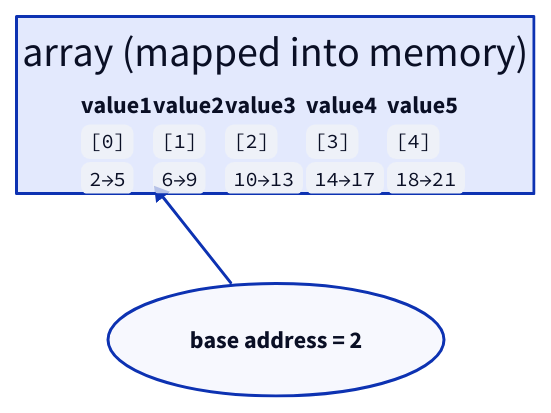
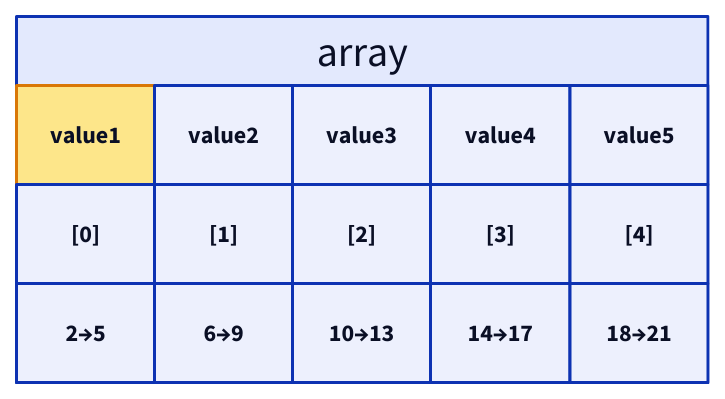
One commit to ani2fun/note-book changed diagram 16 of 19 in src/computer-science/DSA/data-structures/1.arrays/01-introduction.md. Above: the diagram before and after it, drawn with D2. The commit also changed other lines of this file, not shown here.

````diff
--- a/src/computer-science/DSA/data-structures/1.arrays/01-introduction.md
+++ b/src/computer-science/DSA/data-structures/1.arrays/01-introduction.md
@@ -878,28 +864,22 @@
 ```d2
-direction: right
-
-arr: "array (mapped into memory)" {
+arr: array {
+  grid-rows: 3
   grid-columns: 5
   grid-gap: 0
-  e0: |md
-    **value1**<br/>`[0]`<br/>`2→5`
-  |
-  e1: |md
-    **value2**<br/>`[1]`<br/>`6→9`
-  |
-  e2: |md
-    **value3**<br/>`[2]`<br/>`10→13`
-  |
-  e3: |md
-    **value4**<br/>`[3]`<br/>`14→17`
-  |
-  e4: |md
-    **value5**<br/>`[4]`<br/>`18→21`
-  |
+  v0: value1 {style.fill: "#fde68a"; style.stroke: "#d97706"}
+  v1: value2
+  v2: value3
+  v3: value4
+  v4: value5
+  i0: "[0]"
+  i1: "[1]"
+  i2: "[2]"
+  i3: "[3]"
+  i4: "[4]"
+  a0: "2→5"
+  a1: "6→9"
+  a2: "10→13"
+  a3: "14→17"
+  a4: "18→21"
 }
-
-base: base address = 2 {
-  shape: oval
-}
-base -> arr.e0
 ```
````
